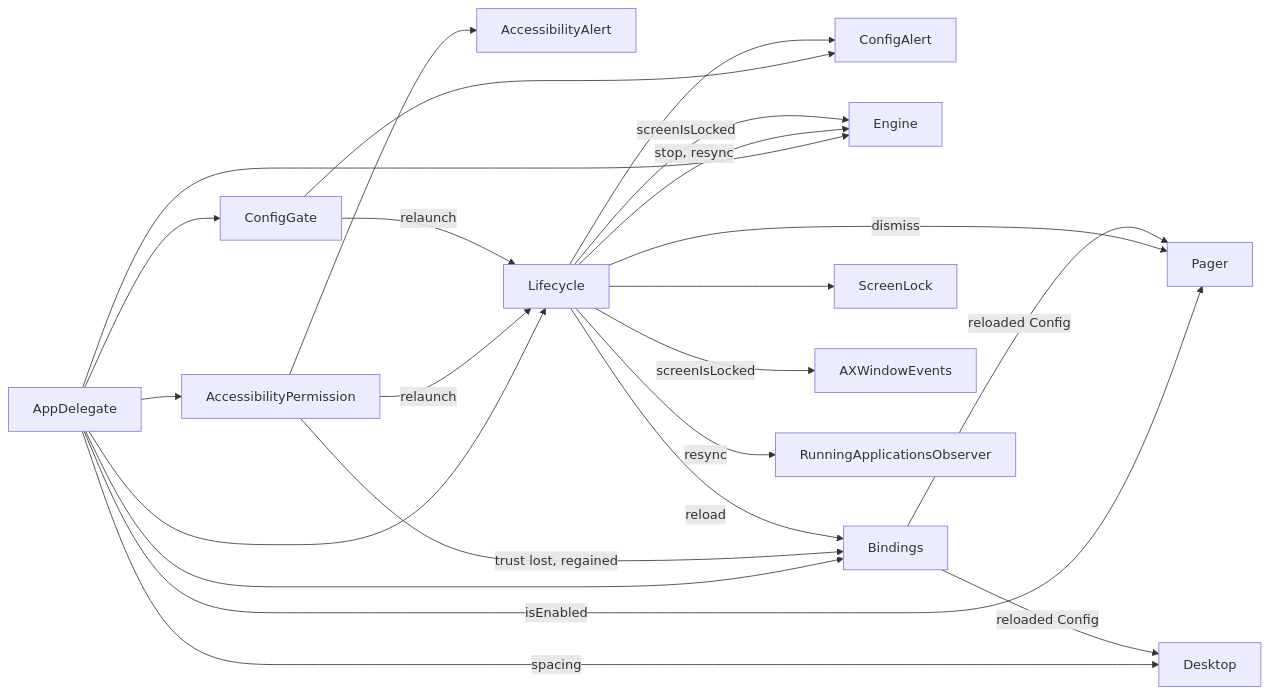
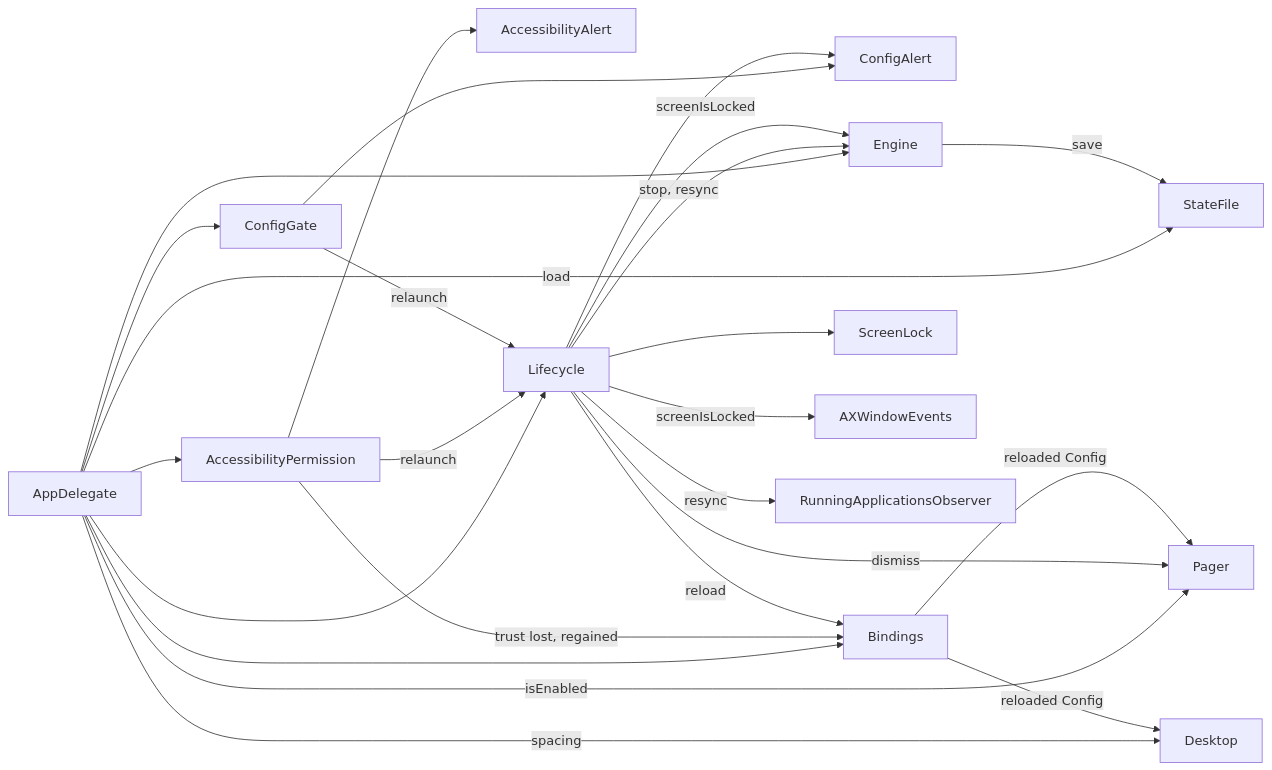
Before and after one commit to brennovich/ottowm: the sixth of 20 diagrams in ARCHITECTURE.md, drawn with Mermaid. The commit also changed other lines of this file and 27 other files, not shown here.

````diff
--- a/ARCHITECTURE.md
+++ b/ARCHITECTURE.md
@@ -200,25 +204,27 @@
 ```mermaid
 flowchart LR
     AppDelegate --> ConfigGate
     ConfigGate --> ConfigAlert
     AppDelegate --> AccessibilityPermission
     AccessibilityPermission --> AccessibilityAlert
     AppDelegate --> Engine
     AppDelegate --> Bindings
     AccessibilityPermission -->|trust lost, regained| Bindings
     AppDelegate --> Lifecycle
+    AppDelegate -->|load| StateFile
+    Engine -->|save| StateFile
     Lifecycle --> ScreenLock
     Lifecycle -->|stop, resync| Engine
     Lifecycle -->|screenIsLocked| Engine
     Lifecycle -->|screenIsLocked| AXWindowEvents
     Lifecycle -->|resync| RunningApplicationsObserver
     AccessibilityPermission -->|relaunch| Lifecycle
     ConfigGate -->|relaunch| Lifecycle
     Lifecycle -->|reload| Bindings
     Lifecycle --> ConfigAlert
     AppDelegate -->|isEnabled| Pager
     Lifecycle -->|dismiss| Pager
     Bindings -->|reloaded Config| Pager
     AppDelegate -->|spacing| Desktop
     Bindings -->|reloaded Config| Desktop
 ```
````
